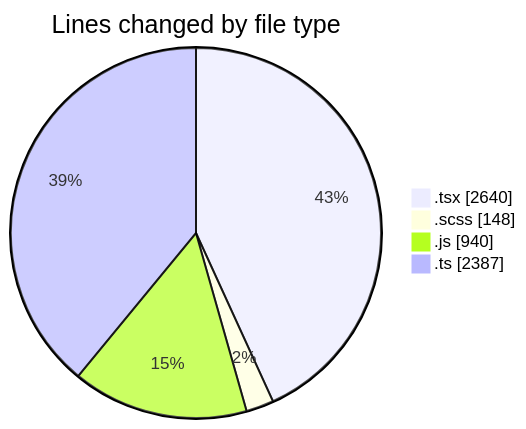
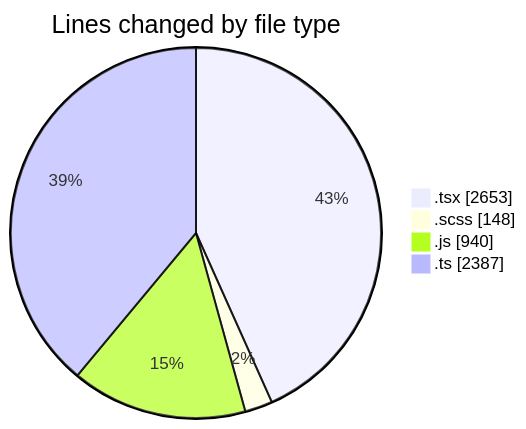
Before and after one commit to momahboobian/code-tracking: the first of 2 diagrams in 2026-07-15/cda/README.md, drawn with Mermaid. The commit also changed other lines of this file and 1 other file, not shown here.

````diff
--- a/2026-07-15/cda/README.md
+++ b/2026-07-15/cda/README.md
@@ -51,8 +51,8 @@
 ```mermaid
 pie showData
 title Lines changed by file type
-".tsx" : 2640
+".tsx" : 2653
 ".scss" : 148
 ".js" : 940
 ".ts" : 2387
 ```
````
